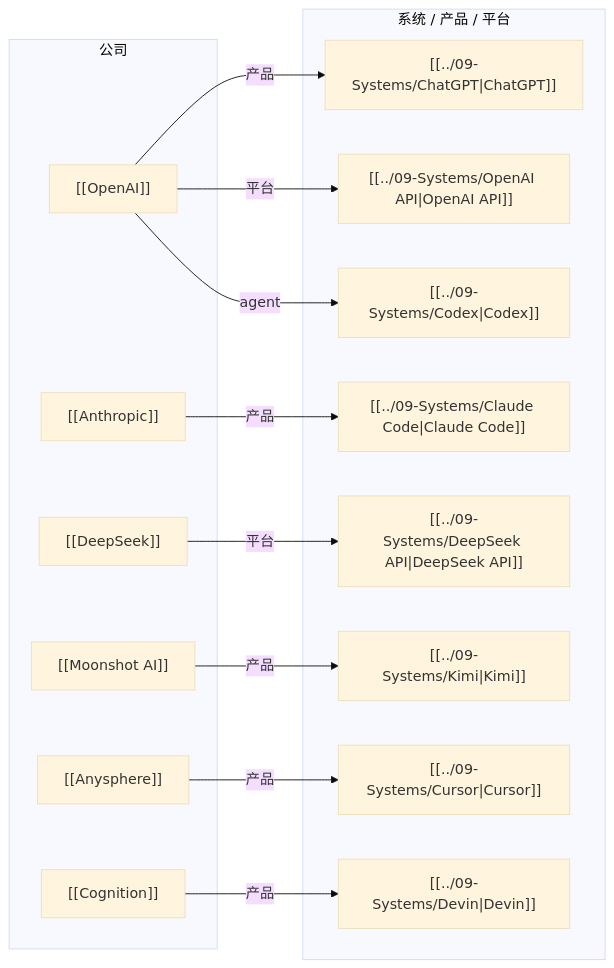
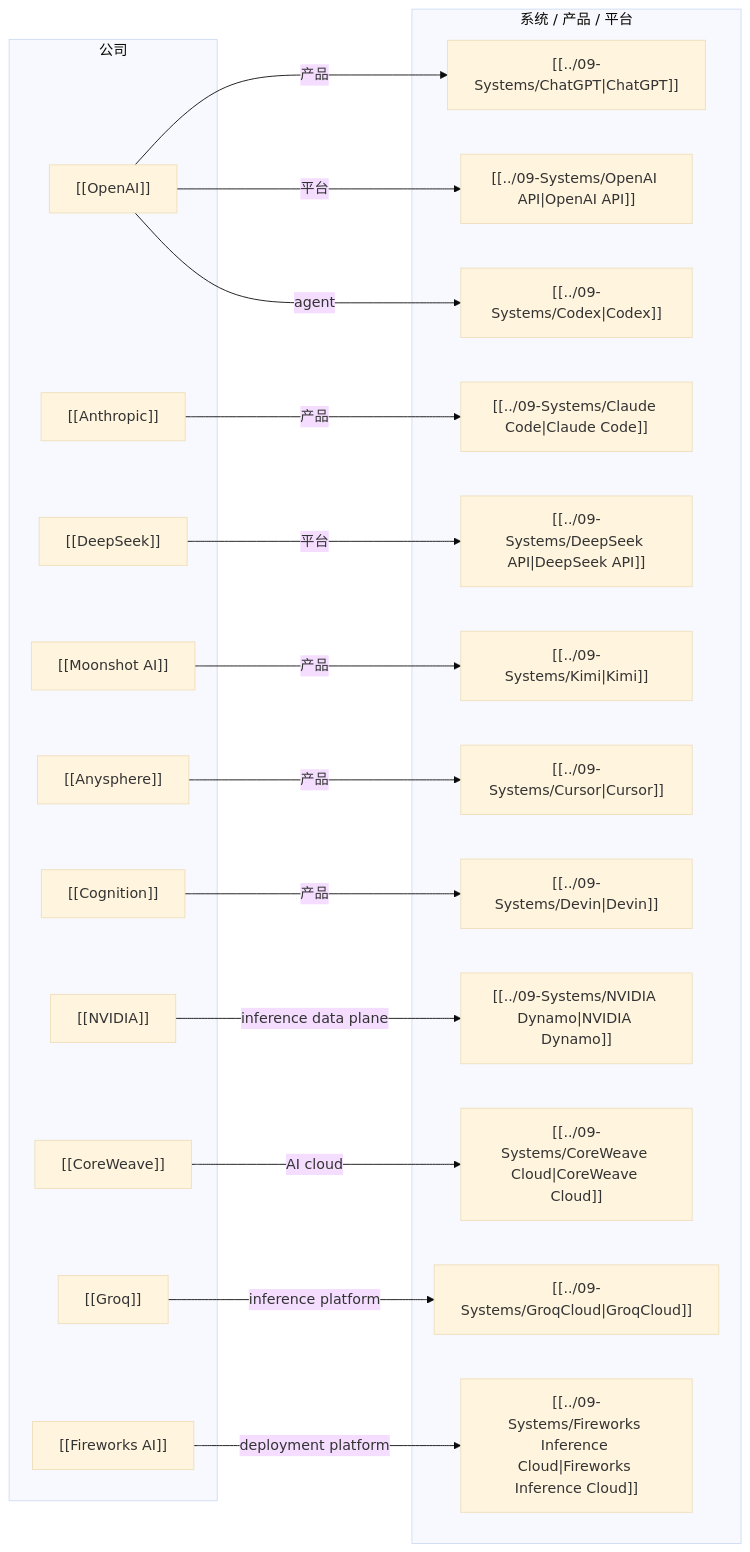
One commit to superliyang/tony-2026 changed the diagram in 01-Areas/AI-Learning/07-Maps/AI Company-Systems Map.md. Above: the diagram before and after it, drawn with Mermaid (base theme). The commit also changed other lines of this file and 34 other files, not shown here.

````diff
--- a/01-Areas/AI-Learning/07-Maps/AI Company-Systems Map.md
+++ b/01-Areas/AI-Learning/07-Maps/AI Company-Systems Map.md
@@ -15,31 +15,43 @@
 ```mermaid
 graph LR
     subgraph companies["公司"]
         openai["[[OpenAI]]"]
         anthropic["[[Anthropic]]"]
         deepseek["[[DeepSeek]]"]
         moonshot["[[Moonshot AI]]"]
         anysphere["[[Anysphere]]"]
         cognition["[[Cognition]]"]
+        nvidia["[[NVIDIA]]"]
+        coreweave["[[CoreWeave]]"]
+        groq["[[Groq]]"]
+        fireworks["[[Fireworks AI]]"]
     end
 
     subgraph systems["系统 / 产品 / 平台"]
         chatgpt["[[../09-Systems/ChatGPT|ChatGPT]]"]
         openaiapi["[[../09-Systems/OpenAI API|OpenAI API]]"]
         codex["[[../09-Systems/Codex|Codex]]"]
         claudecode["[[../09-Systems/Claude Code|Claude Code]]"]
         dsapi["[[../09-Systems/DeepSeek API|DeepSeek API]]"]
         kimi["[[../09-Systems/Kimi|Kimi]]"]
         cursor["[[../09-Systems/Cursor|Cursor]]"]
         devin["[[../09-Systems/Devin|Devin]]"]
+        dynamo["[[../09-Systems/NVIDIA Dynamo|NVIDIA Dynamo]]"]
+        coreweavecloud["[[../09-Systems/CoreWeave Cloud|CoreWeave Cloud]]"]
+        groqcloud["[[../09-Systems/GroqCloud|GroqCloud]]"]
+        fireworkscloud["[[../09-Systems/Fireworks Inference Cloud|Fireworks Inference Cloud]]"]
     end
 
     openai -->|产品| chatgpt
     openai -->|平台| openaiapi
     openai -->|agent| codex
     anthropic -->|产品| claudecode
     deepseek -->|平台| dsapi
     moonshot -->|产品| kimi
     anysphere -->|产品| cursor
     cognition -->|产品| devin
+    nvidia -->|inference data plane| dynamo
+    coreweave -->|AI cloud| coreweavecloud
+    groq -->|inference platform| groqcloud
+    fireworks -->|deployment platform| fireworkscloud
 ```
````
